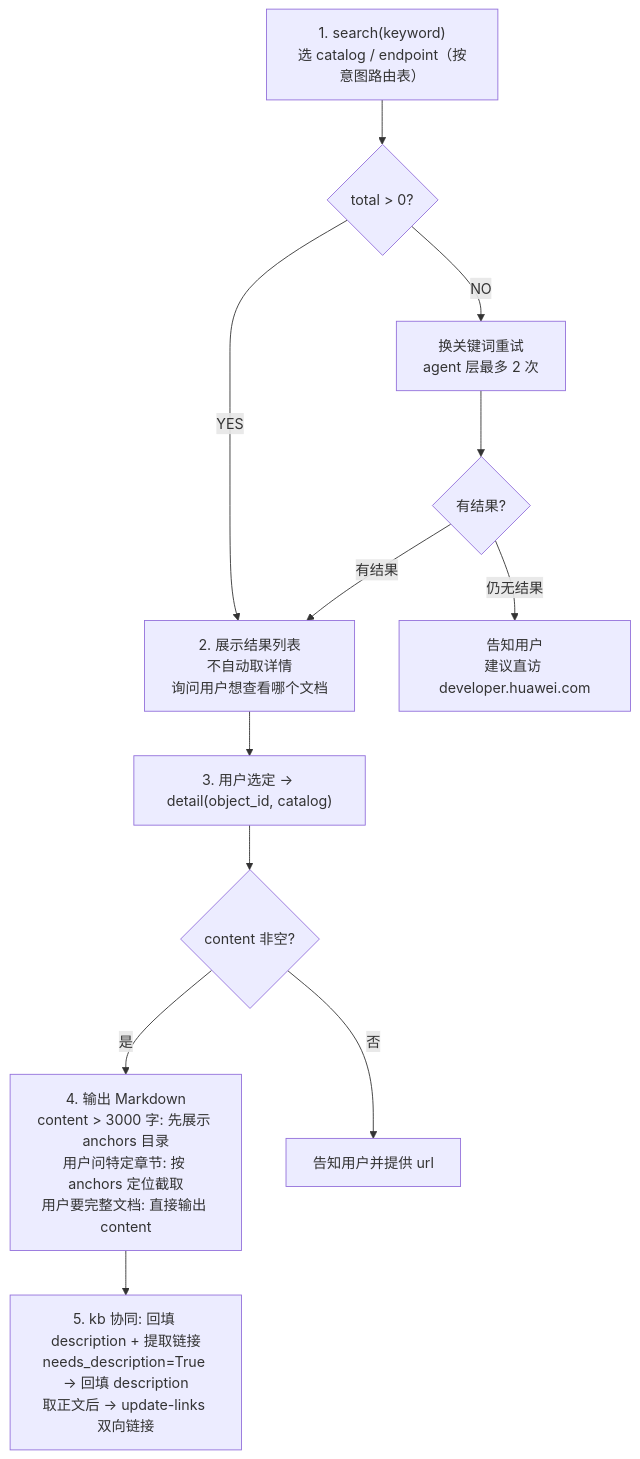
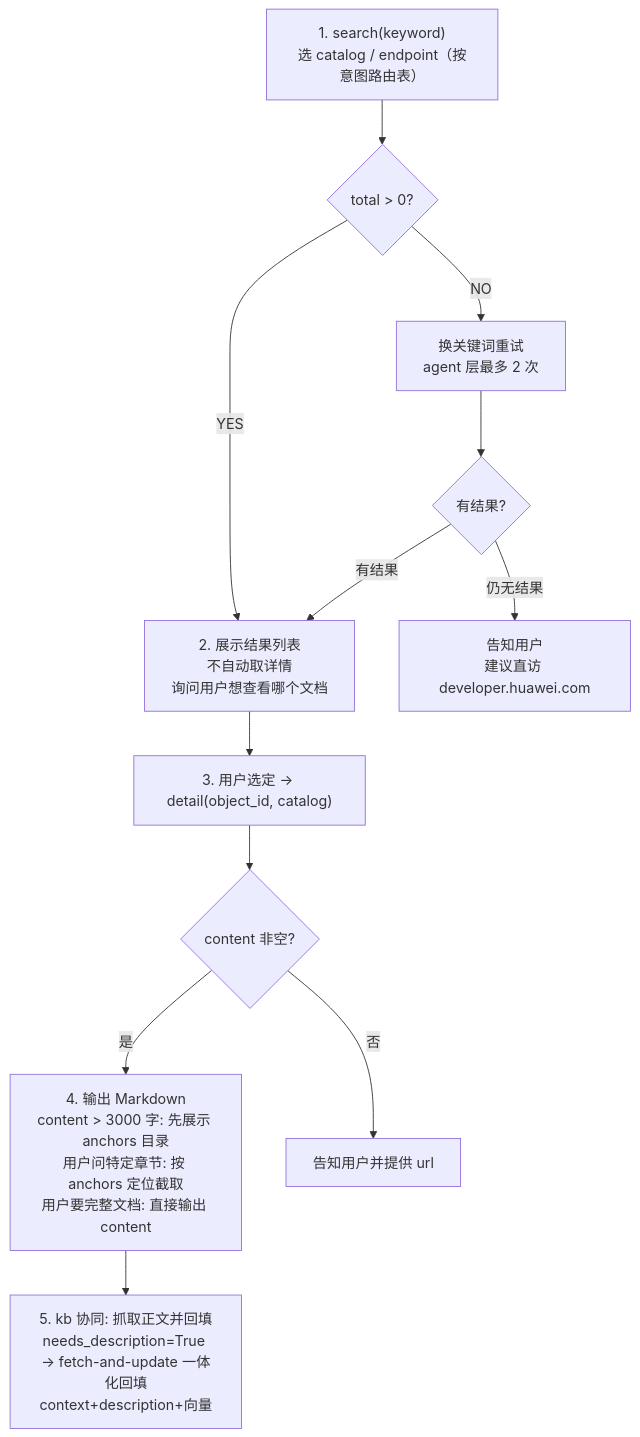
One commit to Kirky-X/hap-dev changed the diagram in references/commands/search.md. Above: the diagram before and after it, drawn with Mermaid. The commit also changed other lines of this file and 17 other files, not shown here.

````diff
--- a/references/commands/search.md
+++ b/references/commands/search.md
@@ -153,15 +153,15 @@
 ```mermaid
 flowchart TD
     S1["1. search(keyword)<br/>选 catalog / endpoint（按意图路由表）"]
     S1 --> C1{total > 0?}
     C1 -->|YES| S2["2. 展示结果列表<br/>不自动取详情<br/>询问用户想查看哪个文档"]
     C1 -->|NO| R1["换关键词重试<br/>agent 层最多 2 次"]
     R1 --> C2{有结果?}
     C2 -->|有结果| S2
     C2 -->|仍无结果| END["告知用户<br/>建议直访 developer.huawei.com"]
     S2 --> S3["3. 用户选定 → detail(object_id, catalog)"]
     S3 --> C3{content 非空?}
     C3 -->|是| S4["4. 输出 Markdown<br/>content > 3000 字: 先展示 anchors 目录<br/>用户问特定章节: 按 anchors 定位截取<br/>用户要完整文档: 直接输出 content"]
     C3 -->|否| END2["告知用户并提供 url"]
-    S4 --> S5["5. kb 协同: 回填 description + 提取链接<br/>needs_description=True → 回填 description<br/>取正文后 → update-links 双向链接"]
+    S4 --> S5["5. kb 协同: 抓取正文并回填<br/>needs_description=True → fetch-and-update 一体化回填<br/>context+description+向量"]
 ```
````
